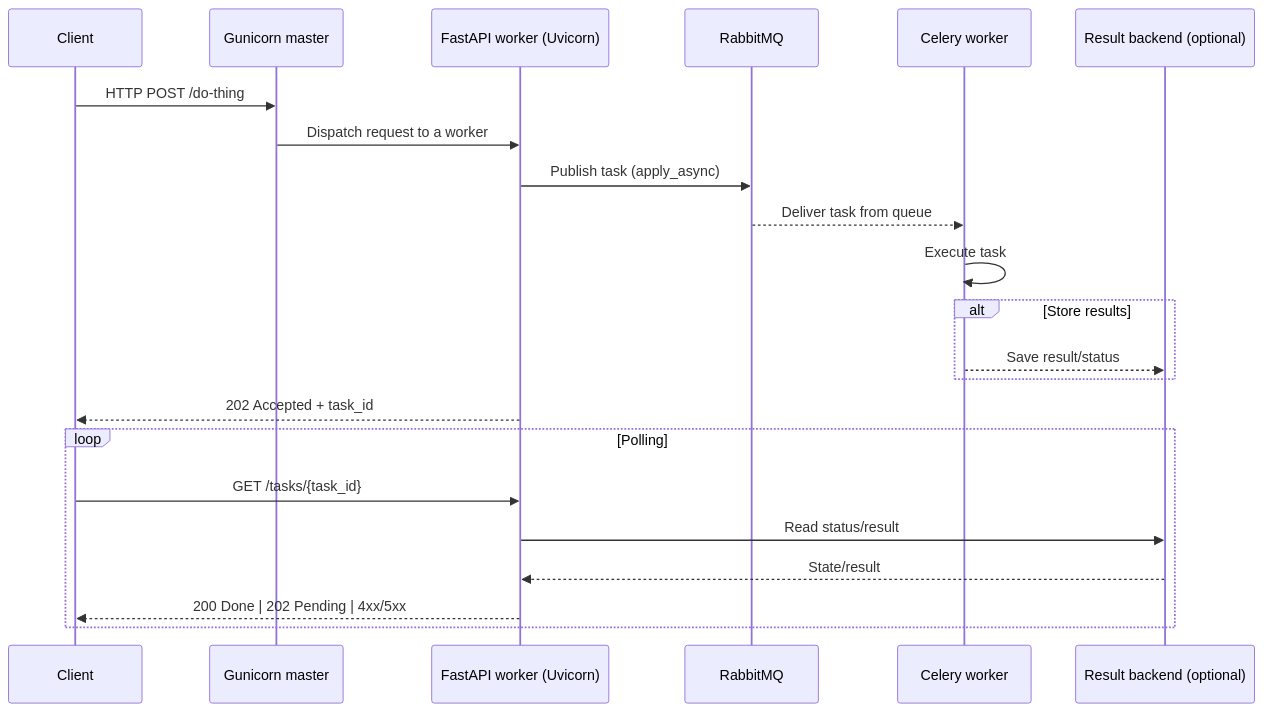
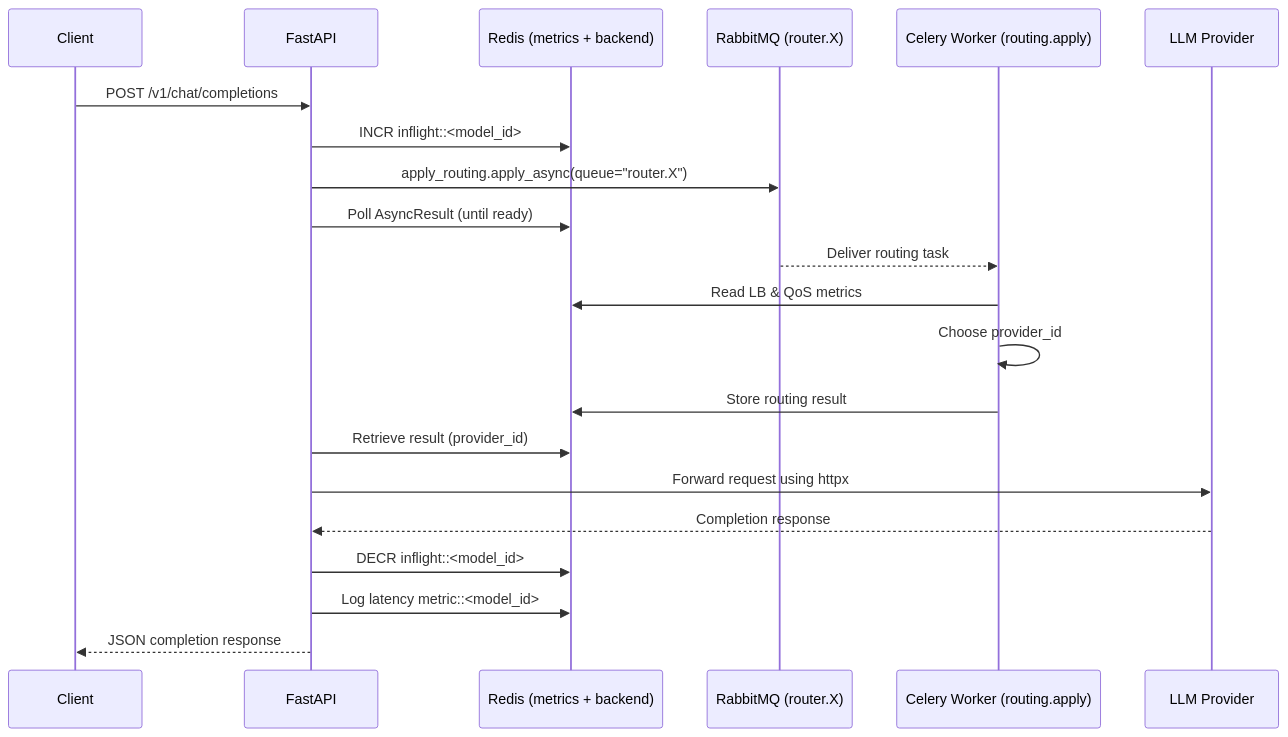
Before and after one commit to etalab-ia/OpenGateLLM: the second of 2 diagrams in docs/celery.md, drawn with Mermaid. The commit also changed other lines of this file and 4 other files, not shown here.

````diff
--- a/docs/celery.md
+++ b/docs/celery.md
@@ -69,25 +55,29 @@
 ```mermaid
 sequenceDiagram
   participant Client
-  participant Master as Gunicorn master
-  participant API as FastAPI worker (Uvicorn)
-  participant RMQ as RabbitMQ
-  participant CW as Celery worker
-  participant RB as Result backend (optional)
+  participant API as FastAPI
+  participant REDIS as Redis (metrics + backend)
+  participant RMQ as RabbitMQ (router.X)
+  participant CW as Celery Worker (routing.apply)
+  participant Provider as LLM Provider
 
-  Client->>Master: HTTP POST /do-thing
-  Master->>API: Dispatch request to a worker
-  API->>RMQ: Publish task (apply_async)
-  RMQ-->>CW: Deliver task from queue
-  CW->>CW: Execute task
-  alt Store results
-    CW-->>RB: Save result/status
-  end
-  API-->>Client: 202 Accepted + task_id
-  loop Polling
-    Client->>API: GET /tasks/{task_id}
-    API->>RB: Read status/result
-    RB-->>API: State/result
-    API-->>Client: 200 Done | 202 Pending | 4xx/5xx
-  end
+  Client->>API: POST /v1/chat/completions
+  API->>REDIS: INCR inflight::<model_id>
+
+  API->>RMQ: apply_routing.apply_async(queue="router.X")
+  API->>REDIS: Poll AsyncResult (until ready)
+
+  RMQ-->>CW: Deliver routing task
+  CW->>REDIS: Read LB & QoS metrics
+  CW->>CW: Choose provider_id
+  CW->>REDIS: Store routing result
+  API->>REDIS: Retrieve result (provider_id)
+
+  API->>Provider: Forward request using httpx
+  Provider-->>API: Completion response
+  API->>REDIS: DECR inflight::<model_id>
+  API->>REDIS: Log latency metric::<model_id>
+
+  API-->>Client: JSON completion response
+
 ```
````
